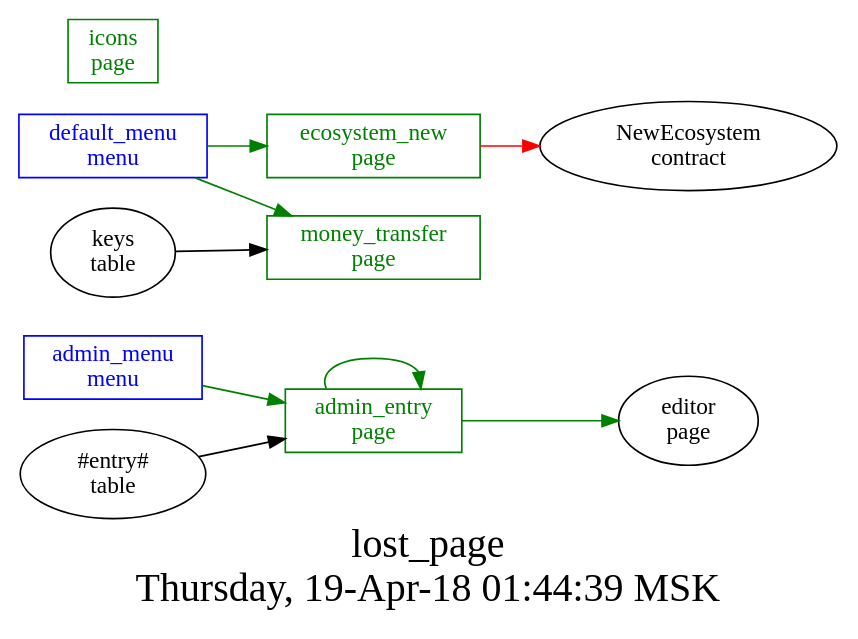
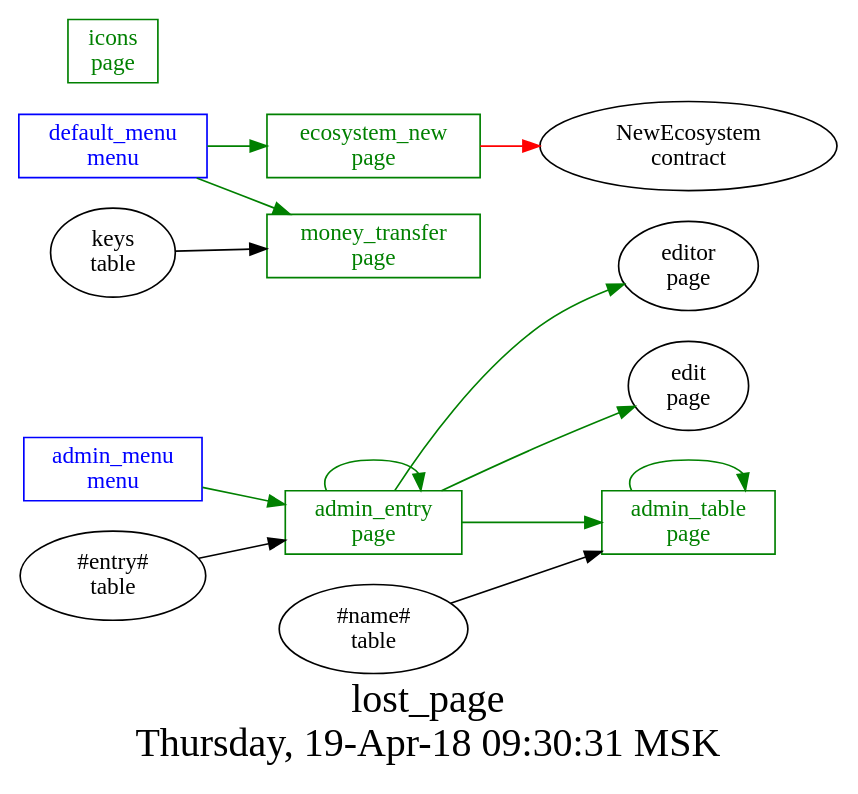
One commit to AplaProject/apps changed the diagram in src/lost_pages/struct.dot. Above: the diagram before and after it, drawn with Graphviz. The commit also changed 4 other files, not shown here.

Commit message:
+ table entry

```diff
--- a/src/lost_pages/struct.dot
+++ b/src/lost_pages/struct.dot
@@ -1,24 +1,29 @@
 digraph G {
 graph [
   fontsize="24";
-  label="lost_page\nThursday, 19-Apr-18 01:44:39 MSK";
+  label="lost_page\nThursday, 19-Apr-18 09:30:31 MSK";
   nojustify=true;
   ordering=out;
   rankdir=LR;
   size="30";
 ];
 "admin_menu\nmenu" -> "admin_entry\npage"  [ color=green ]
 "admin_menu\nmenu" [color=blue, fontcolor=blue, group=menus, shape=record];
 "default_menu\nmenu" -> "ecosystem_new\npage"  [ color=green ]
 "default_menu\nmenu" -> "money_transfer\npage"  [ color=green ]
 "default_menu\nmenu" [color=blue, fontcolor=blue, group=menus, shape=record];
 "#entry#\ntable" -> "admin_entry\npage"  [ color="" ]
 "admin_entry\npage" -> "admin_entry\npage"  [ color=green ]
 "admin_entry\npage" -> "editor\npage"  [ color=green ]
+"admin_entry\npage" -> "edit\npage"  [ color=green ]
+"admin_entry\npage" -> "admin_table\npage"  [ color=green ]
 "admin_entry\npage" [color=green, fontcolor=green, group=pages, shape=record];
+"#name#\ntable" -> "admin_table\npage"  [ color="" ]
+"admin_table\npage" -> "admin_table\npage"  [ color=green ]
+"admin_table\npage" [color=green, fontcolor=green, group=pages, shape=record];
 "ecosystem_new\npage" -> "NewEcosystem\ncontract"  [ color=red ]
 "ecosystem_new\npage" [color=green, fontcolor=green, group=pages, shape=record];
 "icons\npage" [color=green, fontcolor=green, group=pages, shape=record];
 "keys\ntable" -> "money_transfer\npage"  [ color="" ]
 "money_transfer\npage" [color=green, fontcolor=green, group=pages, shape=record];
 }
```
